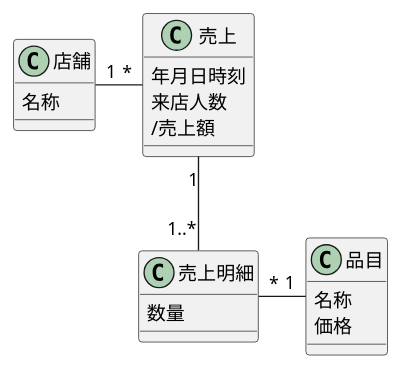
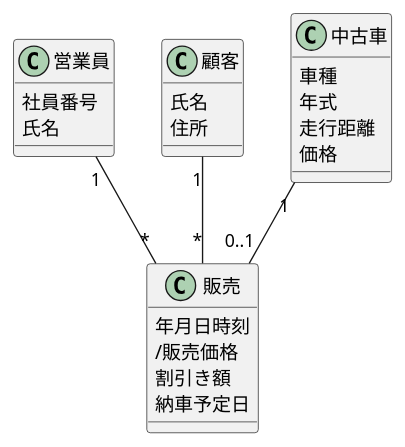
One commit to yinm/uml-modeling-lesson changed the diagram in ch06/sample.puml. Above: the diagram before and after it, drawn with PlantUML.

Commit message:
Add lesson18

```diff
--- a/ch06/sample.puml
+++ b/ch06/sample.puml
@@ -1,26 +1,31 @@
 @startuml
 
-class 店舗 {
-  名称
+class 営業員 {
+  社員番号
+  氏名
 }
 
-class 売上 {
-  年月日時刻
-  来店人数
-  /売上額
+class 顧客 {
+  氏名
+  住所
 }
 
-class 売上明細 {
-  数量
+class 販売 {
+  年月日時刻
+  /販売価格
+  割引き額
+  納車予定日
 }
 
-class 品目 {
-  名称
+class 中古車 {
+  車種
+  年式
+  走行距離
   価格
 }
 
-店舗 "1"--right--"*" 売上
-売上 "1"--"1..*" 売上明細
-売上明細 "*"-right-"1" 品目
+営業員 "1"--"*" 販売
+顧客 "1"--"*" 販売
+中古車 "1"--"0..1" 販売
 
 @enduml
```
